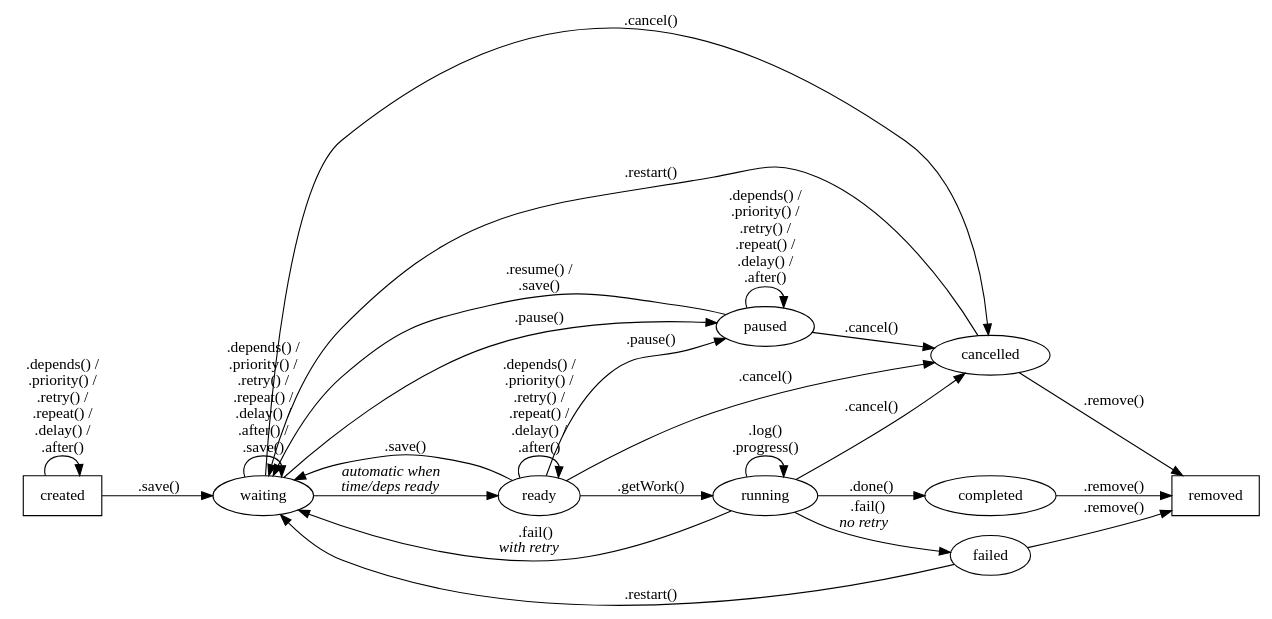
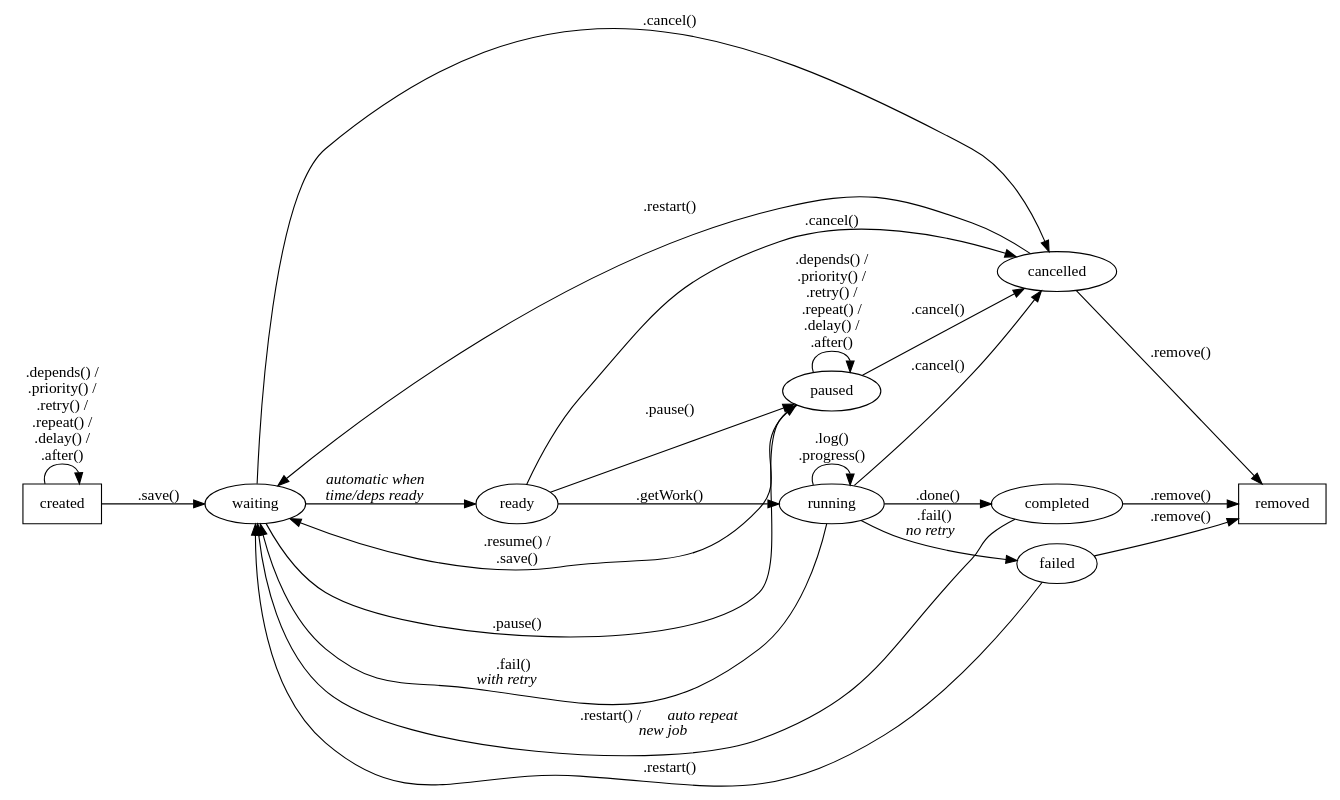
Before and after one commit to vsivsi/meteor-job: the diagram in doc/states.dot, drawn with Graphviz. The commit also changed 11 other files, not shown here.

```diff
--- a/doc/states.dot
+++ b/doc/states.dot
@@ -1,38 +1,36 @@
 digraph jobStatus {
 
   graph [splines="spline" mclimit=1.0 ratio=auto rankdir=LR]
 
   created [shape=box];
   waiting;
   paused;
   ready;
   running;
   failed;
   cancelled;
   completed;
   removed [shape=box];
   created -> waiting [label=".save()" weight=100.0];
   waiting -> ready [label=<<I>automatic when<br/>time/deps ready</I>> weight=100.0];
-  ready -> waiting [label=".save()"]
   ready -> running [label=".getWork()" weight=100.0];
   running -> completed [label=".done()" weight=100.0];
   running -> failed [label=<.fail()<BR/><I>no retry</I>>];
   running -> waiting [label=<.fail()<BR/><I>with retry</I>>];
   completed -> removed [label=".remove()" weight=100.0];
   running -> cancelled [label=".cancel()"];
   ready -> cancelled [label=".cancel()"];
   waiting -> cancelled [label=".cancel()"];
   paused -> cancelled [label=".cancel()"];
   ready -> paused [label=".pause()"];
   waiting -> paused [label=".pause()"];
   paused -> waiting [label=".resume() /\n.save()"];
   cancelled -> removed [label=".remove()"];
   failed -> removed [label=".remove()"];
   cancelled -> waiting [label=".restart()"];
+  completed -> waiting [label=<.restart() / <I>auto repeat</I><BR/><I>new job</I>>];
   failed -> waiting [label=".restart()"];
   created -> created [label=".depends() /\n.priority() /\n.retry() /\n.repeat() /\n.delay() /\n.after()"];
   paused -> paused [label=".depends() /\n.priority() /\n.retry() /\n.repeat() /\n.delay() /\n.after()"];
-  waiting -> waiting [label=".depends() /\n.priority() /\n.retry() /\n.repeat() /\n.delay() /\n.after() /\n.save()"];
-  ready -> ready [label=".depends() /\n.priority() /\n.retry() /\n.repeat() /\n.delay() /\n.after()"];
   running -> running [label=".log()\n.progress()"];
 }
```
